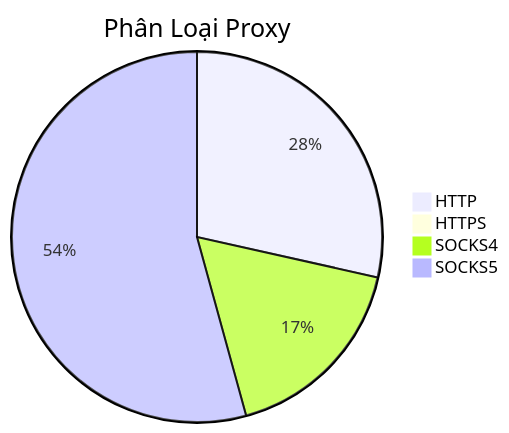
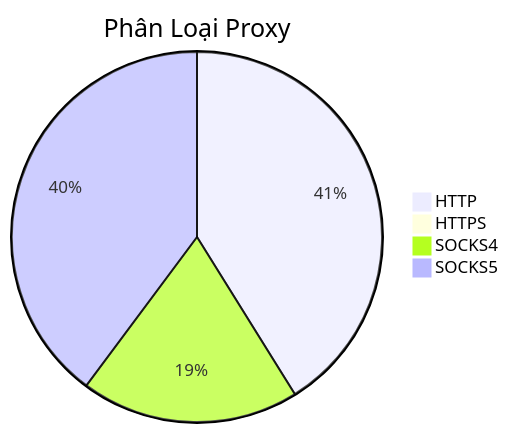
One commit to Ciara-12/PROXY-free changed the diagram in README.md. Above: the diagram before and after it, drawn with Mermaid. The commit also changed other lines of this file and 4 other files, not shown here.

````diff
--- a/README.md
+++ b/README.md
@@ -26,7 +26,7 @@
 ```mermaid
 pie title Phân Loại Proxy
-    "HTTP" : 904
-    "HTTPS" : 2
-    "SOCKS4" : 546
-    "SOCKS5" : 1721
+    "HTTP" : 1302
+    "HTTPS" : 0
+    "SOCKS4" : 603
+    "SOCKS5" : 1260
 ```
````
